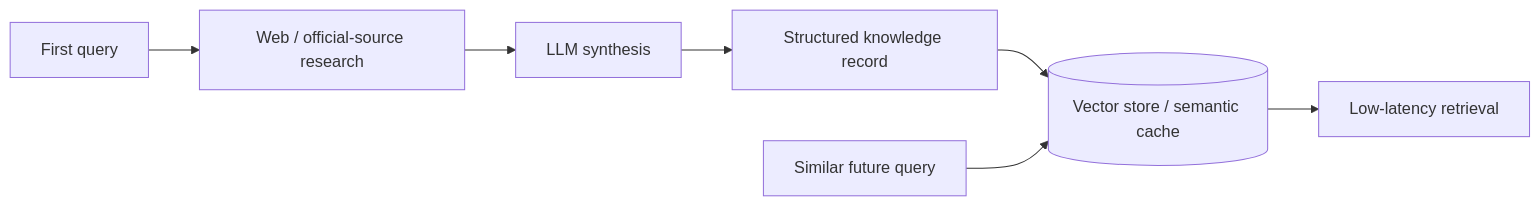
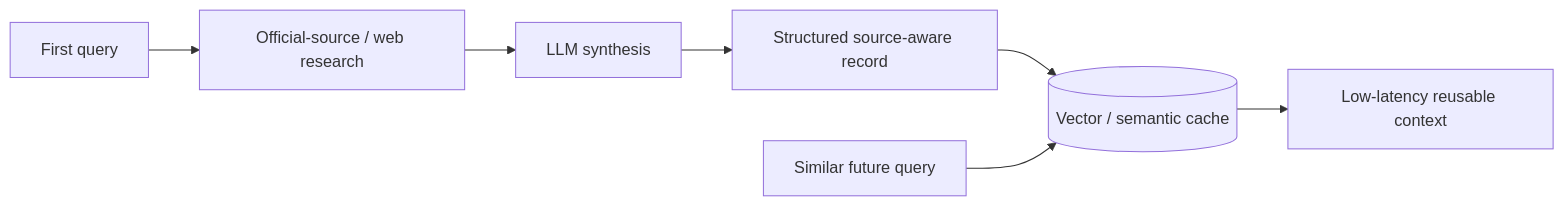
One commit to syifaniads/go4beyond-ai-visa-platform changed the fourth of 6 diagrams in README.md. Above: the diagram before and after it, drawn with Mermaid. The commit also changed other lines of this file, not shown here.

````diff
--- a/README.md
+++ b/README.md
@@ -95,9 +101,9 @@
 ```mermaid
 flowchart LR
-    Q1[First query] --> WEB[Web / official-source research]
+    Q1[First query] --> WEB[Official-source / web research]
     WEB --> LLM[LLM synthesis]
-    LLM --> REC[Structured knowledge record]
-    REC --> VEC[(Vector store / semantic cache)]
+    LLM --> REC[Structured source-aware record]
+    REC --> VEC[(Vector / semantic cache)]
     Q2[Similar future query] --> VEC
-    VEC --> FAST[Low-latency retrieval]
+    VEC --> FAST[Low-latency reusable context]
 ```
````
